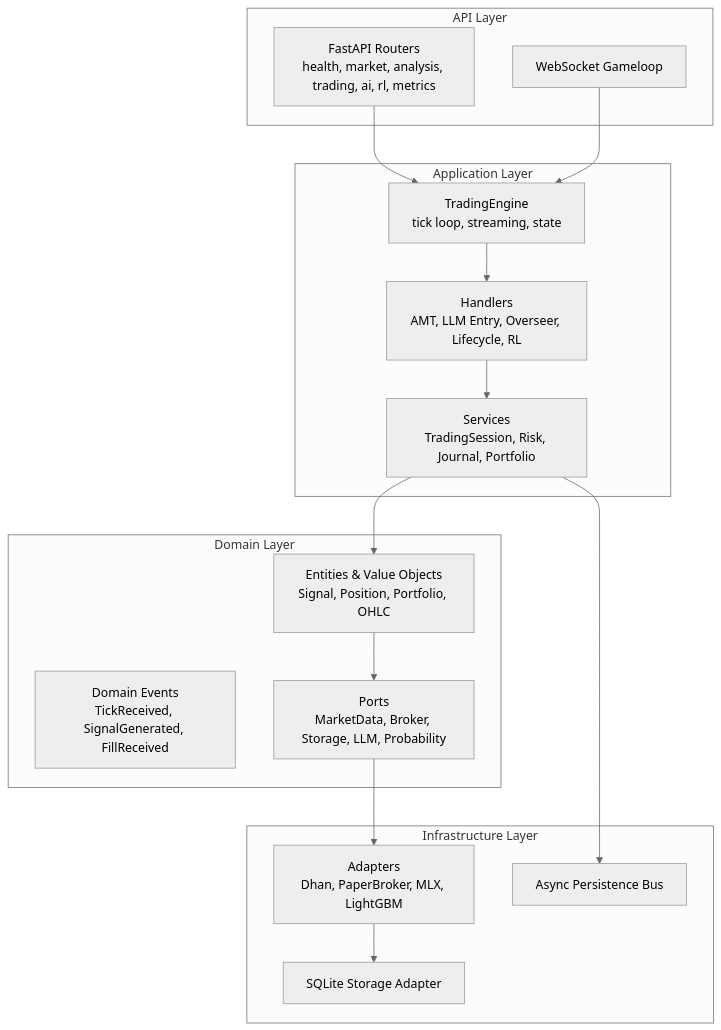
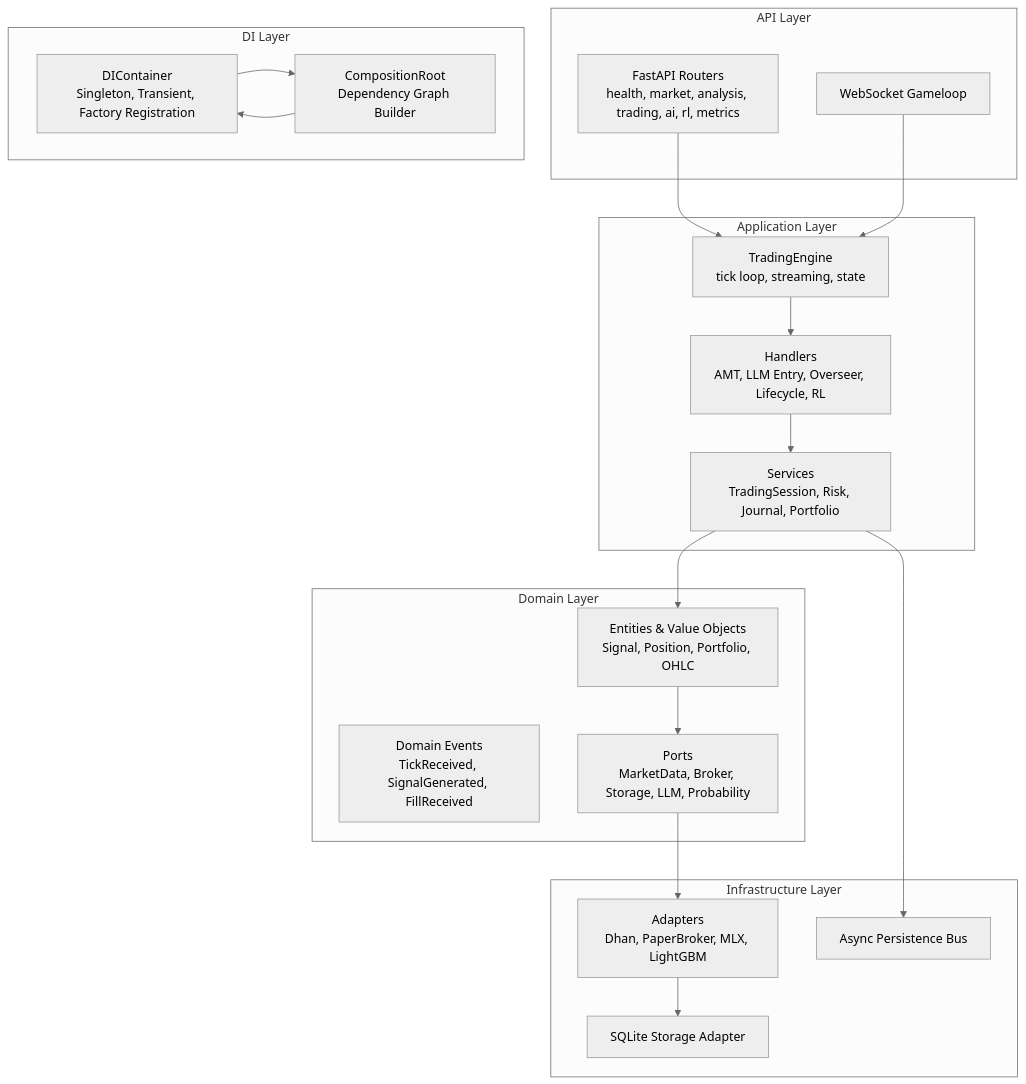
Before and after one commit to gemrajkhatry-maker/v5-of-glassytrade-ai: the first of 13 diagrams in .qoder/repowiki/en/content/Architecture Deep Dive/Design Patterns and Principles.md, drawn with Mermaid (neutral theme). The commit also changed other lines of this file and 219 other files, not shown here.

First line of the commit message:
refactor: major architecture improvements across backend, backendv2, brokers, and frontend

````diff
--- a/.qoder/repowiki/en/content/Architecture Deep Dive/Design Patterns and Principles.md
+++ b/.qoder/repowiki/en/content/Architecture Deep Dive/Design Patterns and Principles.md
@@ -48,31 +61,37 @@
 ```mermaid
 graph TB
 subgraph "API Layer"
 Routers["FastAPI Routers<br/>health, market, analysis, trading, ai, rl, metrics"]
 WS["WebSocket Gameloop"]
 end
 subgraph "Application Layer"
 Engine["TradingEngine<br/>tick loop, streaming, state"]
 Handlers["Handlers<br/>AMT, LLM Entry, Overseer, Lifecycle, RL"]
 Services["Services<br/>TradingSession, Risk, Journal, Portfolio"]
 end
 subgraph "Domain Layer"
 Models["Entities & Value Objects<br/>Signal, Position, Portfolio, OHLC"]
 Events["Domain Events<br/>TickReceived, SignalGenerated, FillReceived"]
 Ports["Ports<br/>MarketData, Broker, Storage, LLM, Probability"]
 end
 subgraph "Infrastructure Layer"
 Adapters["Adapters<br/>Dhan, PaperBroker, MLX, LightGBM"]
 Storage["SQLite Storage Adapter"]
 Persistence["Async Persistence Bus"]
 end
+subgraph "DI Layer"
+Container["DIContainer<br/>Singleton, Transient, Factory Registration"]
+Composition["CompositionRoot<br/>Dependency Graph Builder"]
+end
 Routers --> Engine
 WS --> Engine
 Engine --> Handlers
 Handlers --> Services
 Services --> Models
 Models --> Ports
 Ports --> Adapters
 Adapters --> Storage
 Services --> Persistence
+Container --> Composition
+Composition --> Container
 ```
````
